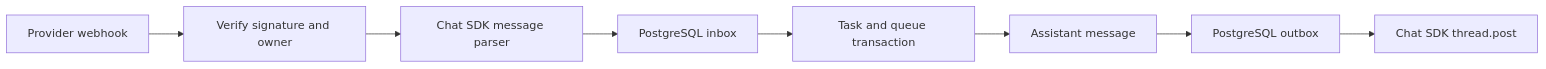
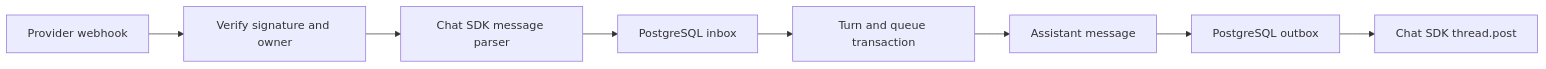
One commit to KrishBhimani/nod changed the diagram in docs/channels.md. Above: the diagram before and after it, drawn with Mermaid. The commit also changed other lines of this file and 231 other files, not shown here.

````diff
--- a/docs/channels.md
+++ b/docs/channels.md
@@ -7,10 +7,10 @@
 ```mermaid
 flowchart LR
   P[Provider webhook] --> V[Verify signature and owner]
   V --> A[Chat SDK message parser]
   A --> I[PostgreSQL inbox]
-  I --> T[Task and queue transaction]
+  I --> T[Turn and queue transaction]
   T --> M[Assistant message]
   M --> O[PostgreSQL outbox]
   O --> S[Chat SDK thread.post]
 ```
````
